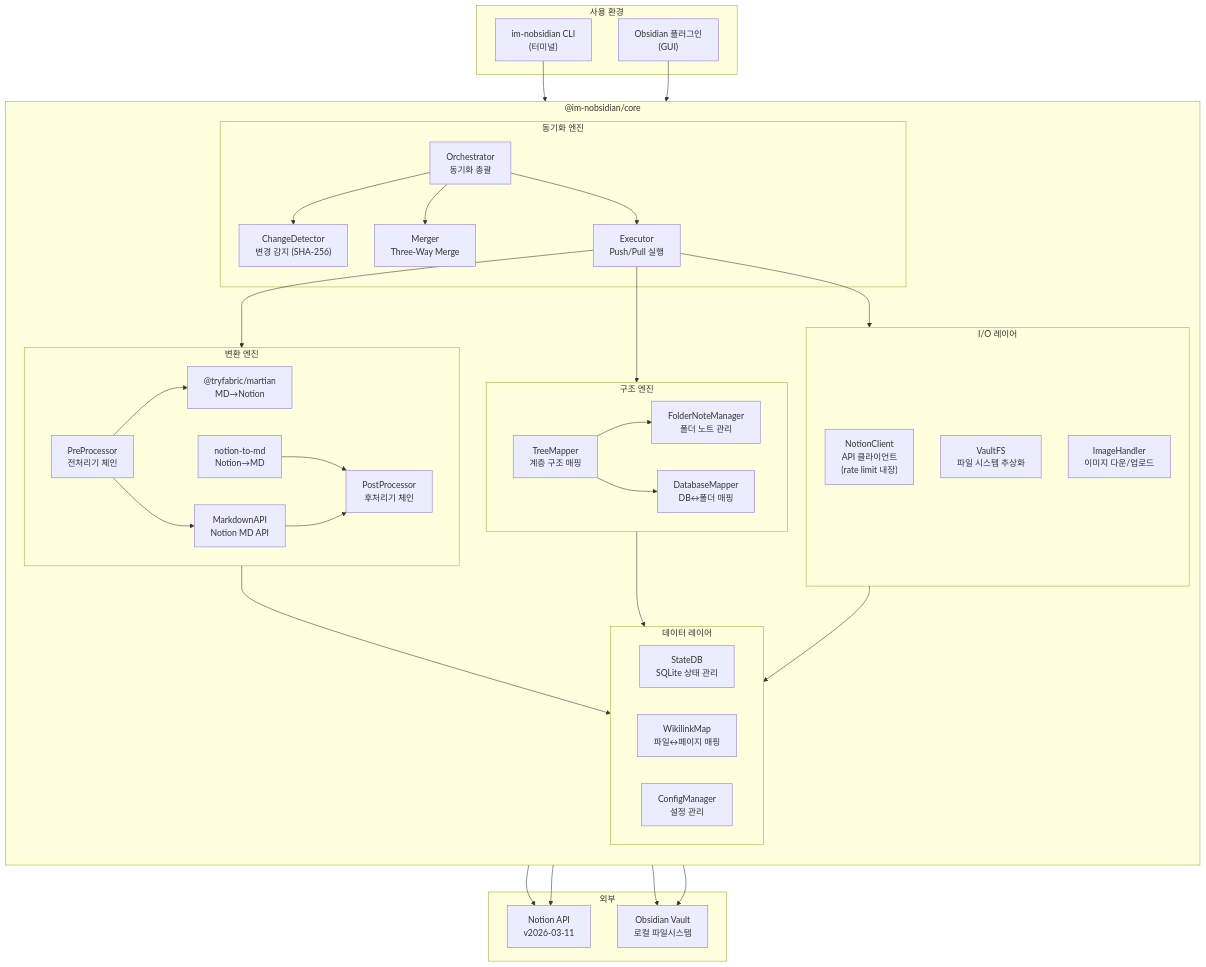
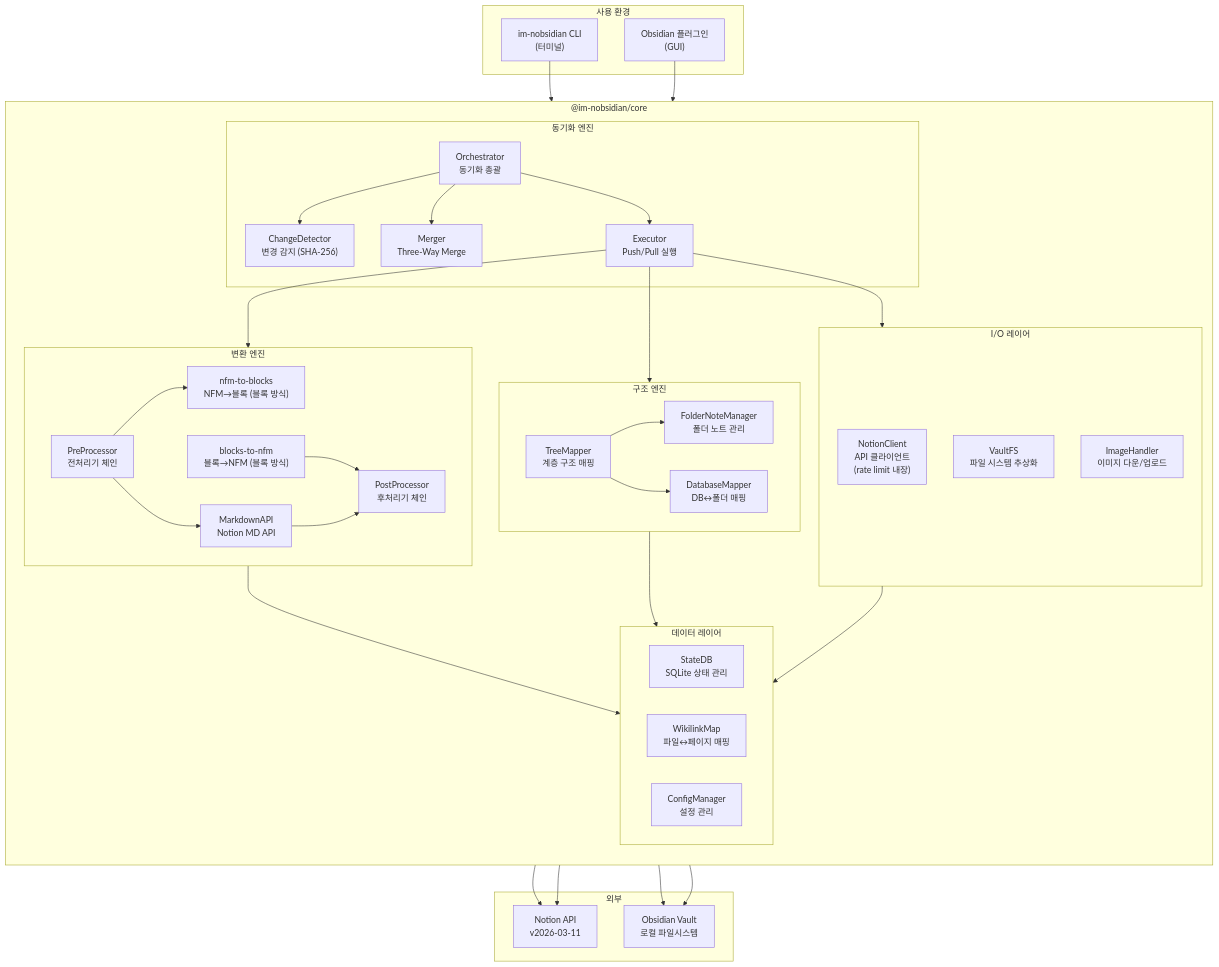
One commit to JaylenAI/Im-Nobsidian changed the first of 7 diagrams in docs/02-architecture/SYSTEM_ARCHITECTURE.md. Above: the diagram before and after it, drawn with Mermaid. The commit also changed other lines of this file and 8 other files, not shown here.

````diff
--- a/docs/02-architecture/SYSTEM_ARCHITECTURE.md
+++ b/docs/02-architecture/SYSTEM_ARCHITECTURE.md
@@ -10,77 +15,77 @@
 ```mermaid
 flowchart TD
     subgraph Client["사용 환경"]
         CLI["im-nobsidian CLI<br/>(터미널)"]
         Plugin["Obsidian 플러그인<br/>(GUI)"]
     end
 
     subgraph Core["@im-nobsidian/core"]
         direction TB
 
         subgraph Sync["동기화 엔진"]
             Orchestrator["Orchestrator<br/>동기화 총괄"]
             ChangeDetector["ChangeDetector<br/>변경 감지 (SHA-256)"]
             Merger["Merger<br/>Three-Way Merge"]
             Executor["Executor<br/>Push/Pull 실행"]
         end
 
         subgraph Convert["변환 엔진"]
             PreProcessor["PreProcessor<br/>전처리기 체인"]
             PostProcessor["PostProcessor<br/>후처리기 체인"]
-            Martian["@tryfabric/martian<br/>MD→Notion"]
-            NotionToMd["notion-to-md<br/>Notion→MD"]
+            Martian["nfm-to-blocks<br/>NFM→블록 (블록 방식)"]
+            NotionToMd["blocks-to-nfm<br/>블록→NFM (블록 방식)"]
             MarkdownAPI["MarkdownAPI<br/>Notion MD API"]
         end
 
         subgraph Structure["구조 엔진"]
             TreeMapper["TreeMapper<br/>계층 구조 매핑"]
             FolderNote["FolderNoteManager<br/>폴더 노트 관리"]
             DBMapper["DatabaseMapper<br/>DB↔폴더 매핑"]
         end
 
         subgraph Data["데이터 레이어"]
             StateDB["StateDB<br/>SQLite 상태 관리"]
             WikilinkMap["WikilinkMap<br/>파일↔페이지 매핑"]
             ConfigManager["ConfigManager<br/>설정 관리"]
         end
 
         subgraph IO["I/O 레이어"]
             NotionClient["NotionClient<br/>API 클라이언트<br/>(rate limit 내장)"]
             VaultFS["VaultFS<br/>파일 시스템 추상화"]
             ImageHandler["ImageHandler<br/>이미지 다운/업로드"]
         end
     end
 
     subgraph External["외부"]
         NotionAPI["Notion API<br/>v2026-03-11"]
         FileSystem["Obsidian Vault<br/>로컬 파일시스템"]
     end
 
     CLI --> Orchestrator
     Plugin --> Orchestrator
 
     Orchestrator --> ChangeDetector
     Orchestrator --> Merger
     Orchestrator --> Executor
 
     Executor --> Convert
     Executor --> Structure
     Executor --> IO
 
     PreProcessor --> Martian
     PreProcessor --> MarkdownAPI
     NotionToMd --> PostProcessor
     MarkdownAPI --> PostProcessor
 
     TreeMapper --> FolderNote
     TreeMapper --> DBMapper
 
     Convert --> Data
     Structure --> Data
     IO --> Data
 
     NotionClient --> NotionAPI
     VaultFS --> FileSystem
     ImageHandler --> NotionAPI
     ImageHandler --> FileSystem
 ```
````
